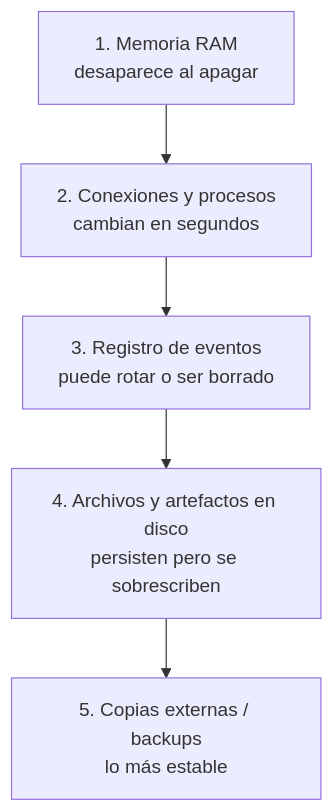
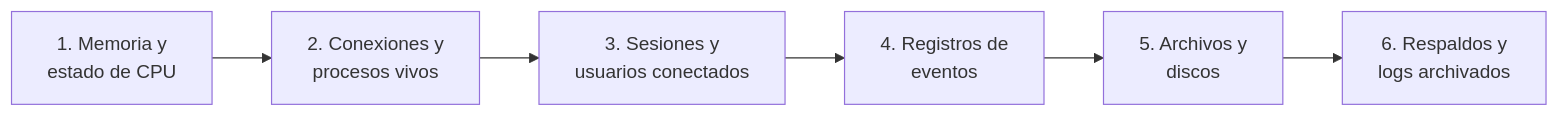
Before and after one commit to hdcm-dev/Lab-Documentos: the second of 6 diagrams in Guides/Seguridad-Red-Windows-Guide/Beginning-Security-Windows-Network-Guide.md, drawn with Mermaid. The commit also changed other lines of this file and 1 other file, not shown here.

````diff
--- a/Guides/Seguridad-Red-Windows-Guide/Beginning-Security-Windows-Network-Guide.md
+++ b/Guides/Seguridad-Red-Windows-Guide/Beginning-Security-Windows-Network-Guide.md
@@ -310,7 +180,8 @@
 ```mermaid
-graph TD
-    A[1. Memoria RAM<br/>desaparece al apagar] --> B[2. Conexiones y procesos<br/>cambian en segundos]
-    B --> C[3. Registro de eventos<br/>puede rotar o ser borrado]
-    C --> D[4. Archivos y artefactos en disco<br/>persisten pero se sobrescriben]
-    D --> E[5. Copias externas / backups<br/>lo más estable]
+graph LR
+    A["1. Memoria y<br/>estado de CPU"] --> B["2. Conexiones y<br/>procesos vivos"]
+    B --> C["3. Sesiones y<br/>usuarios conectados"]
+    C --> D["4. Registros de<br/>eventos"]
+    D --> E["5. Archivos y<br/>discos"]
+    E --> F["6. Respaldos y<br/>logs archivados"]
 ```
````
